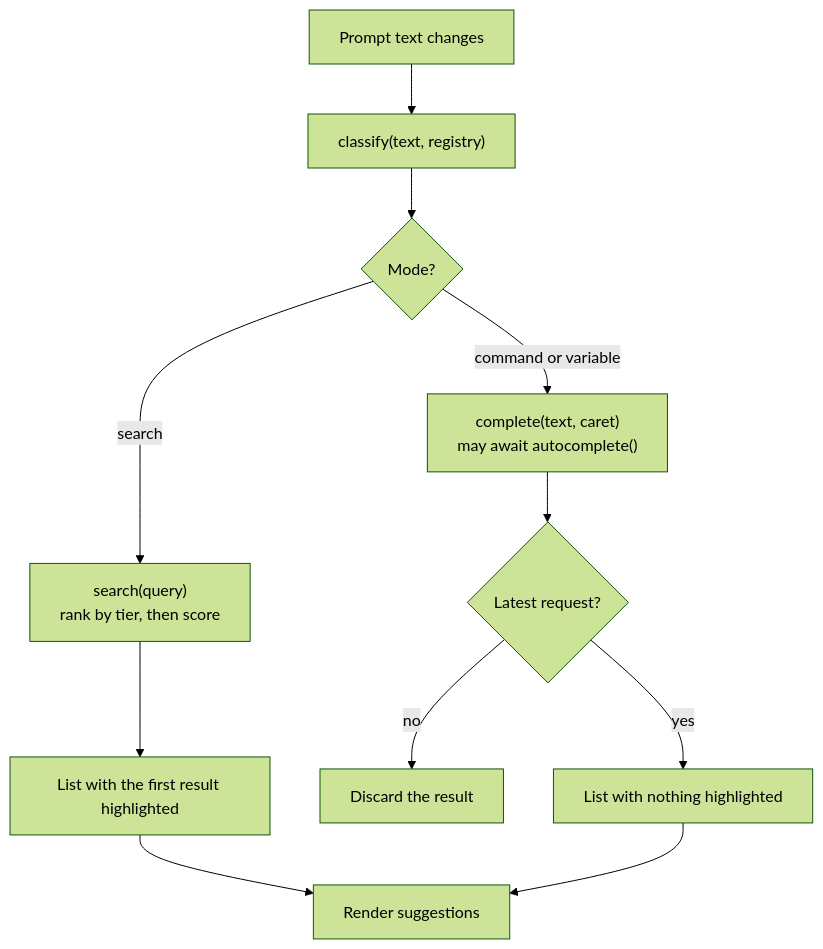
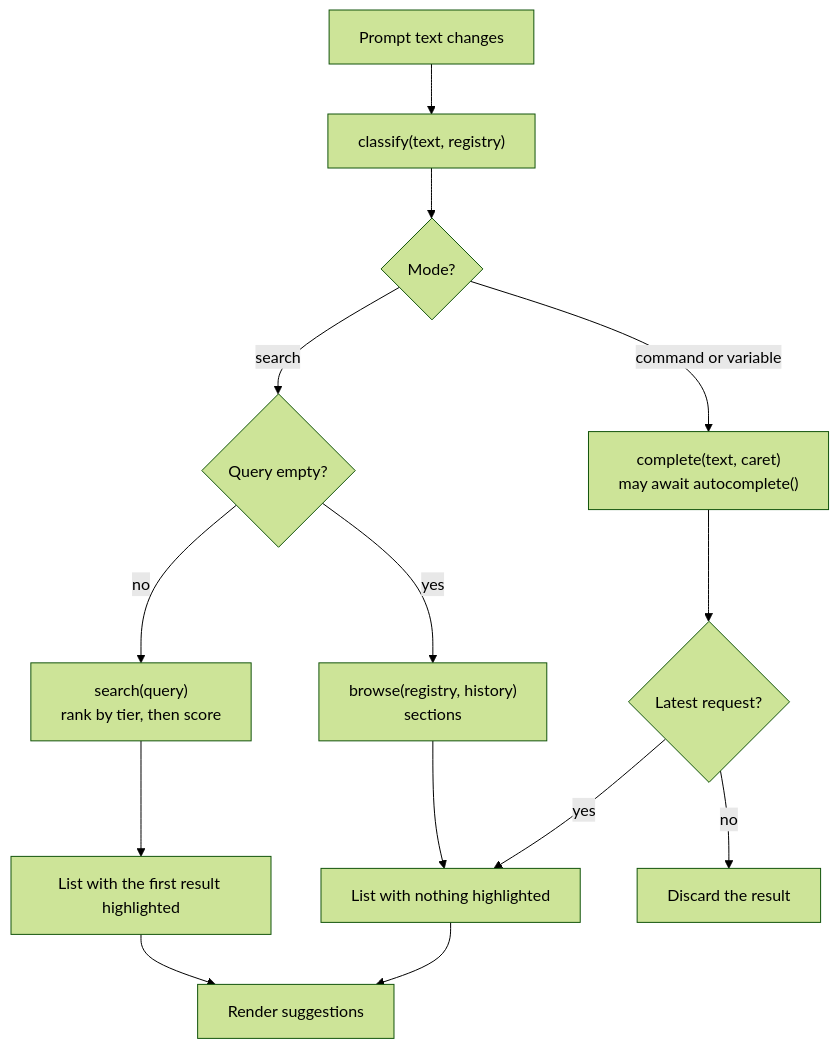
Before and after one commit to JollyPixel/editor: the second of 6 diagrams in packages/console/ARCHITECTURE.md, drawn with Mermaid (forest theme). The commit also changed other lines of this file and 23 other files, not shown here.

````diff
--- a/packages/console/ARCHITECTURE.md
+++ b/packages/console/ARCHITECTURE.md
@@ -54,13 +58,16 @@
 ```mermaid
 flowchart TB
     Text["Prompt text changes"] --> Classify["classify(text, registry)"]
     Classify --> Mode{"Mode?"}
-    Mode -->|"search"| Search["search(query)<br/>rank by tier, then score"]
+    Mode -->|"search"| Empty{"Query empty?"}
+    Empty -->|"yes"| Browse["browse(registry, history)<br/>sections"]
+    Browse --> Plain
+    Empty -->|"no"| Search["search(query)<br/>rank by tier, then score"]
     Search --> Preselect["List with the first result highlighted"]
     Mode -->|"command or variable"| Complete["complete(text, caret)<br/>may await autocomplete()"]
     Complete --> Latest{"Latest request?"}
     Latest -->|"no"| Drop["Discard the result"]
     Latest -->|"yes"| Plain["List with nothing highlighted"]
     Preselect --> Show["Render suggestions"]
     Plain --> Show
 ```
````
